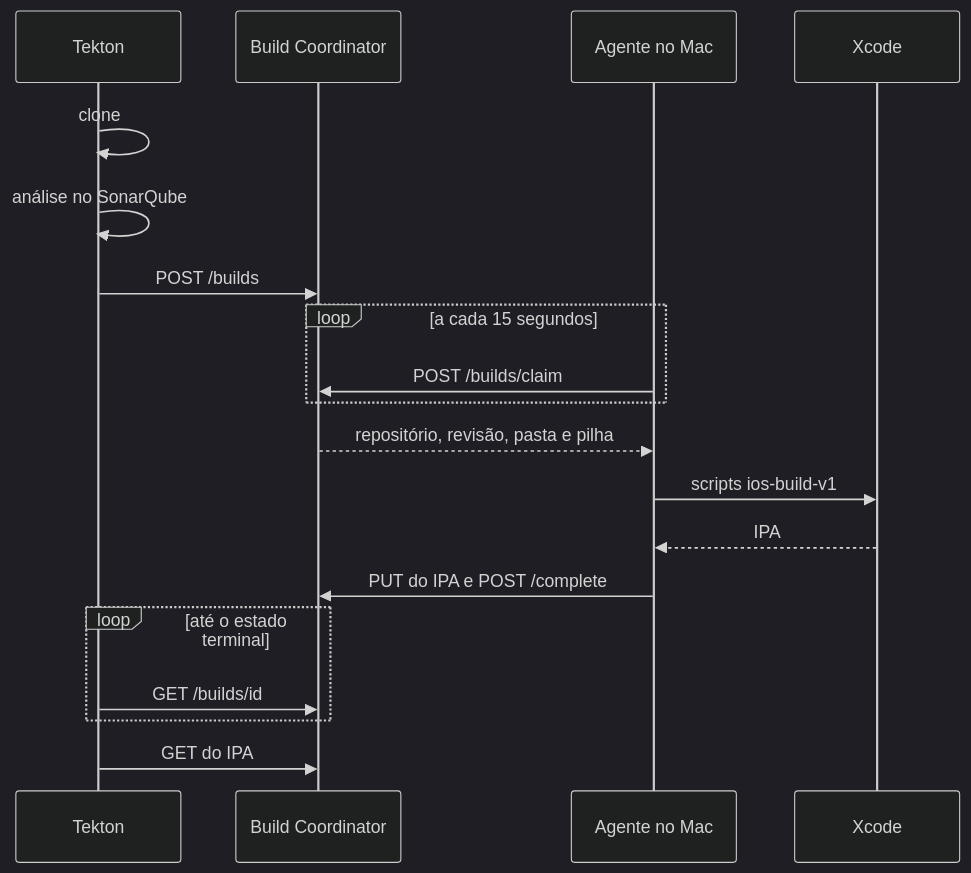
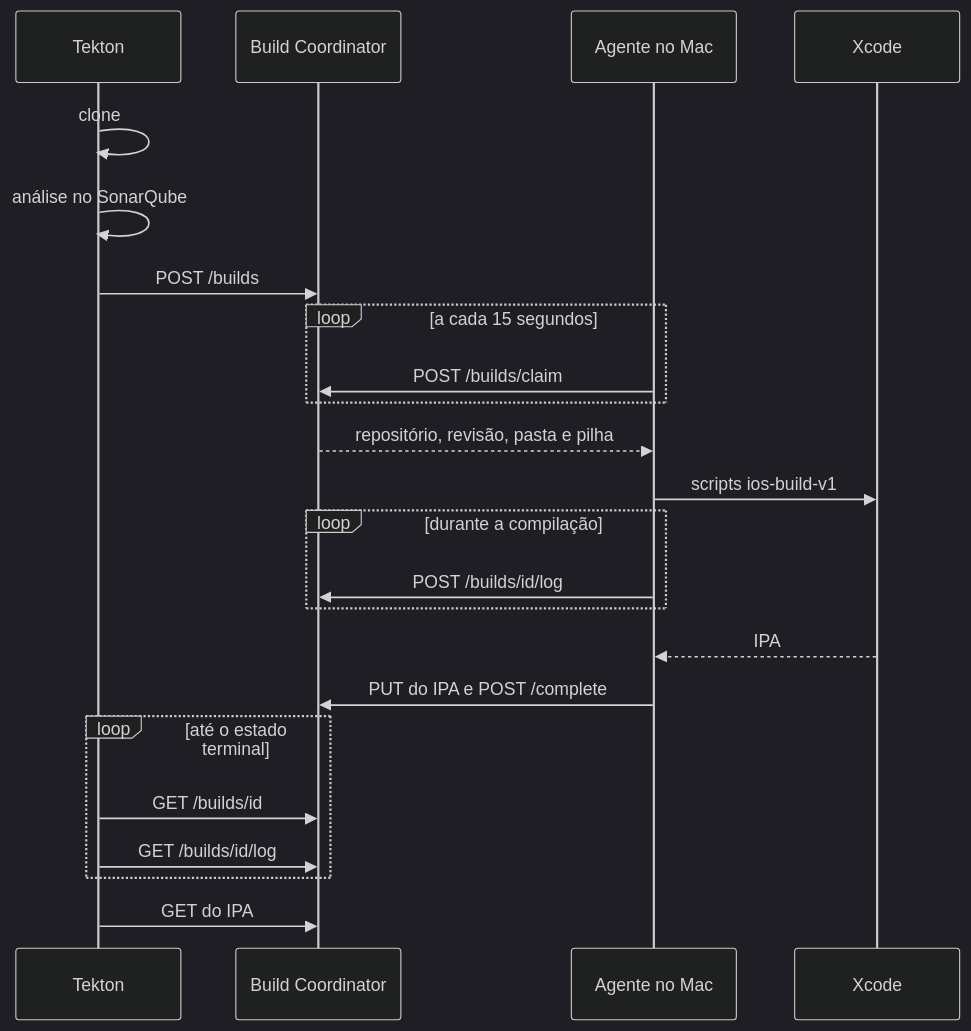
The second of 2 diagrams in ios-build/README.md (raphaelmorsch/lab-devhub-prodemge), drawn with Mermaid (dark theme) before and after one commit. The commit also changed other lines of this file and 14 other files, not shown here.

````diff
--- a/ios-build/README.md
+++ b/ios-build/README.md
@@ -36,21 +36,25 @@
 ```mermaid
 sequenceDiagram
   participant Tekton
   participant Coordinator as Build Coordinator
   participant Agent as Agente no Mac
   participant Xcode
   Tekton->>Tekton: clone
   Tekton->>Tekton: análise no SonarQube
   Tekton->>Coordinator: POST /builds
   loop a cada 15 segundos
     Agent->>Coordinator: POST /builds/claim
   end
   Coordinator-->>Agent: repositório, revisão, pasta e pilha
   Agent->>Xcode: scripts ios-build-v1
+  loop durante a compilação
+    Agent->>Coordinator: POST /builds/id/log
+  end
   Xcode-->>Agent: IPA
   Agent->>Coordinator: PUT do IPA e POST /complete
   loop até o estado terminal
     Tekton->>Coordinator: GET /builds/id
+    Tekton->>Coordinator: GET /builds/id/log
   end
   Tekton->>Coordinator: GET do IPA
 ```
````
